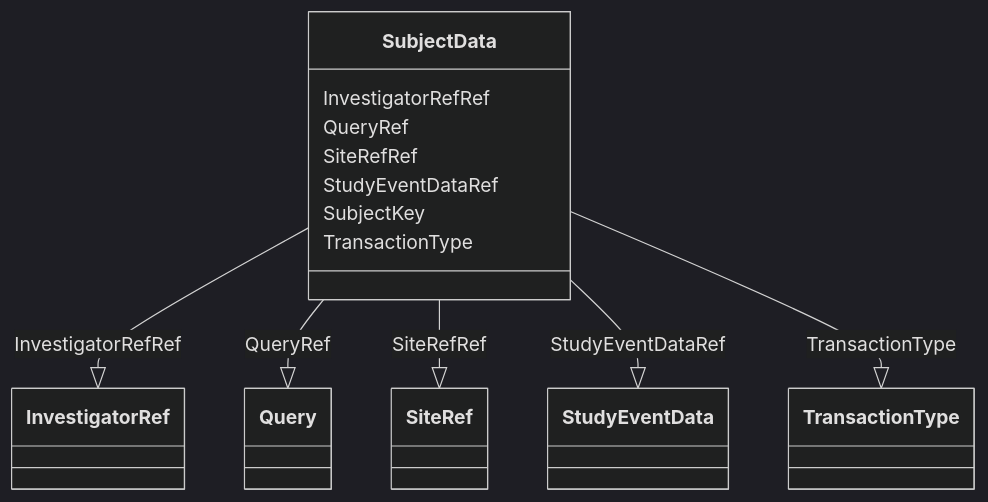
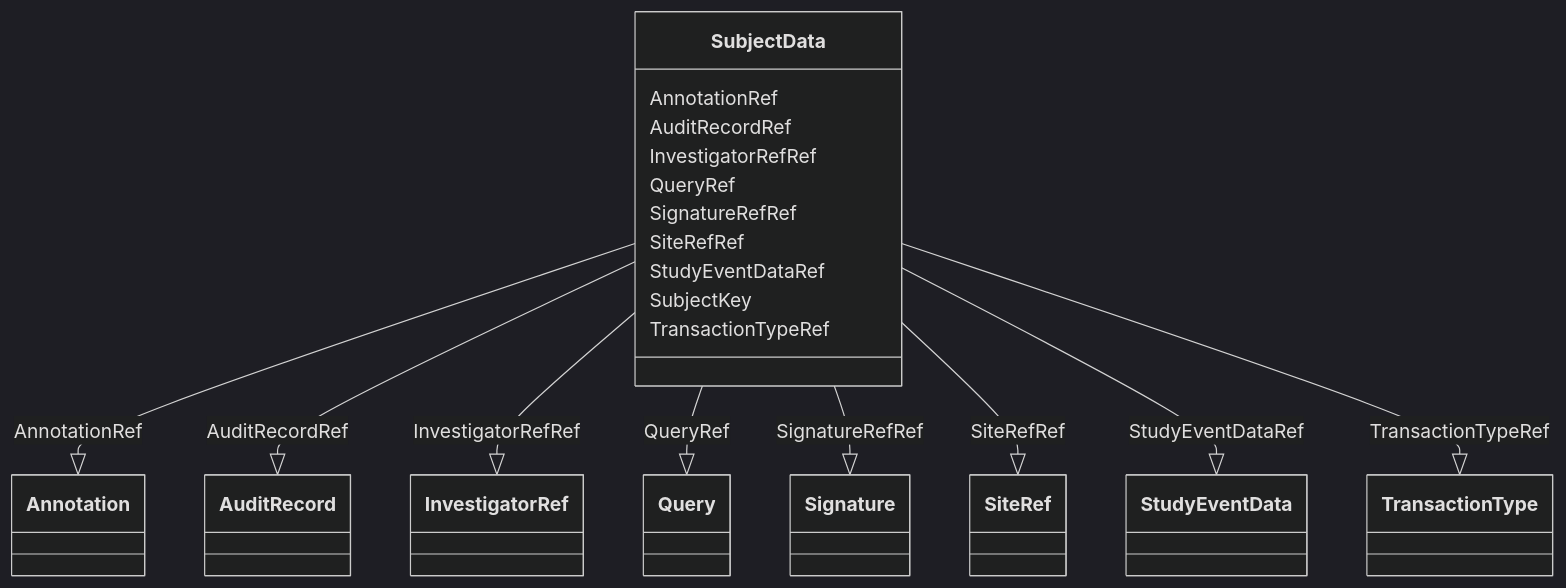
Before and after one commit to cdisc-org/DataExchange-ODM-LinkML: the diagram in docs/SubjectData.md, drawn with Mermaid (dark theme). The commit also changed other lines of this file and 398 other files, not shown here.

Commit message:
refreshing for latest updates to schema

````diff
--- a/docs/SubjectData.md
+++ b/docs/SubjectData.md
@@ -9,27 +9,39 @@
 ```mermaid
  classDiagram
     class SubjectData
+      SubjectData : AnnotationRef
+        
+          SubjectData --|> Annotation : AnnotationRef
+        
+      SubjectData : AuditRecordRef
+        
+          SubjectData --|> AuditRecord : AuditRecordRef
+        
       SubjectData : InvestigatorRefRef
         
           SubjectData --|> InvestigatorRef : InvestigatorRefRef
         
       SubjectData : QueryRef
         
           SubjectData --|> Query : QueryRef
+        
+      SubjectData : SignatureRefRef
+        
+          SubjectData --|> Signature : SignatureRefRef
         
       SubjectData : SiteRefRef
         
           SubjectData --|> SiteRef : SiteRefRef
         
       SubjectData : StudyEventDataRef
         
           SubjectData --|> StudyEventData : StudyEventDataRef
         
       SubjectData : SubjectKey
         
-      SubjectData : TransactionType
+      SubjectData : TransactionTypeRef
         
-          SubjectData --|> TransactionType : TransactionType
+          SubjectData --|> TransactionType : TransactionTypeRef
         
       
 ```
````
